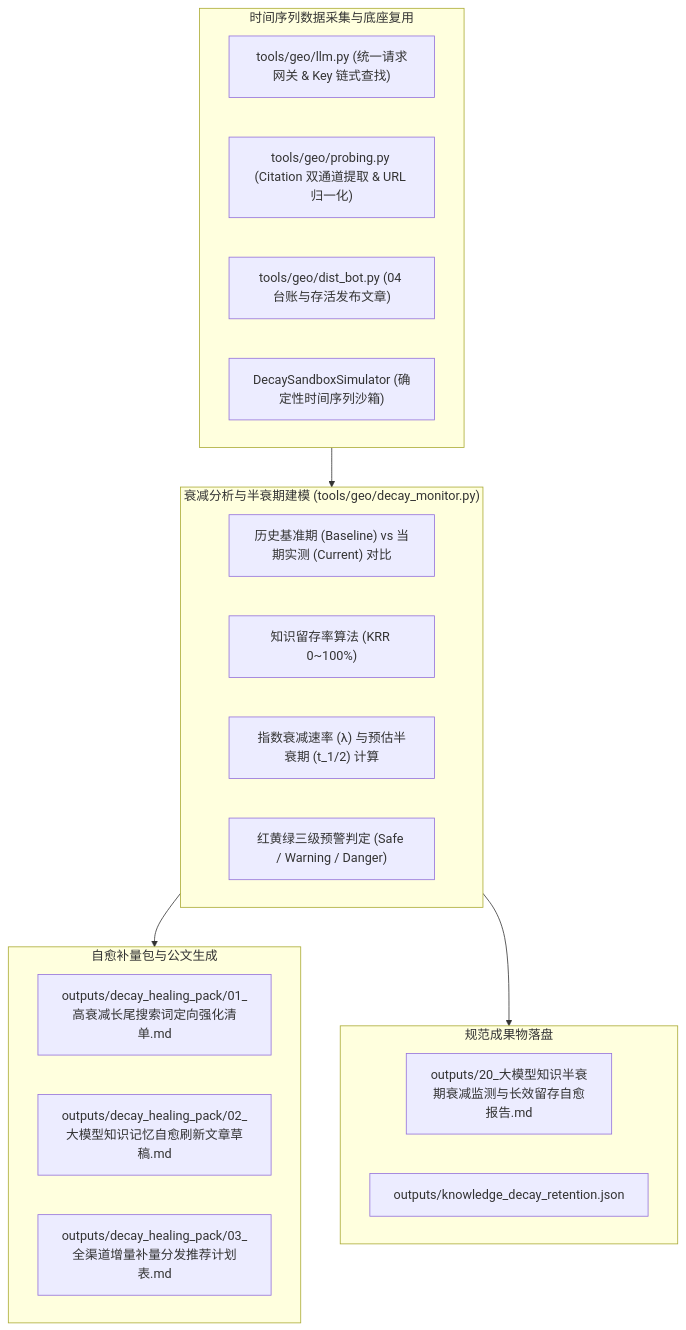
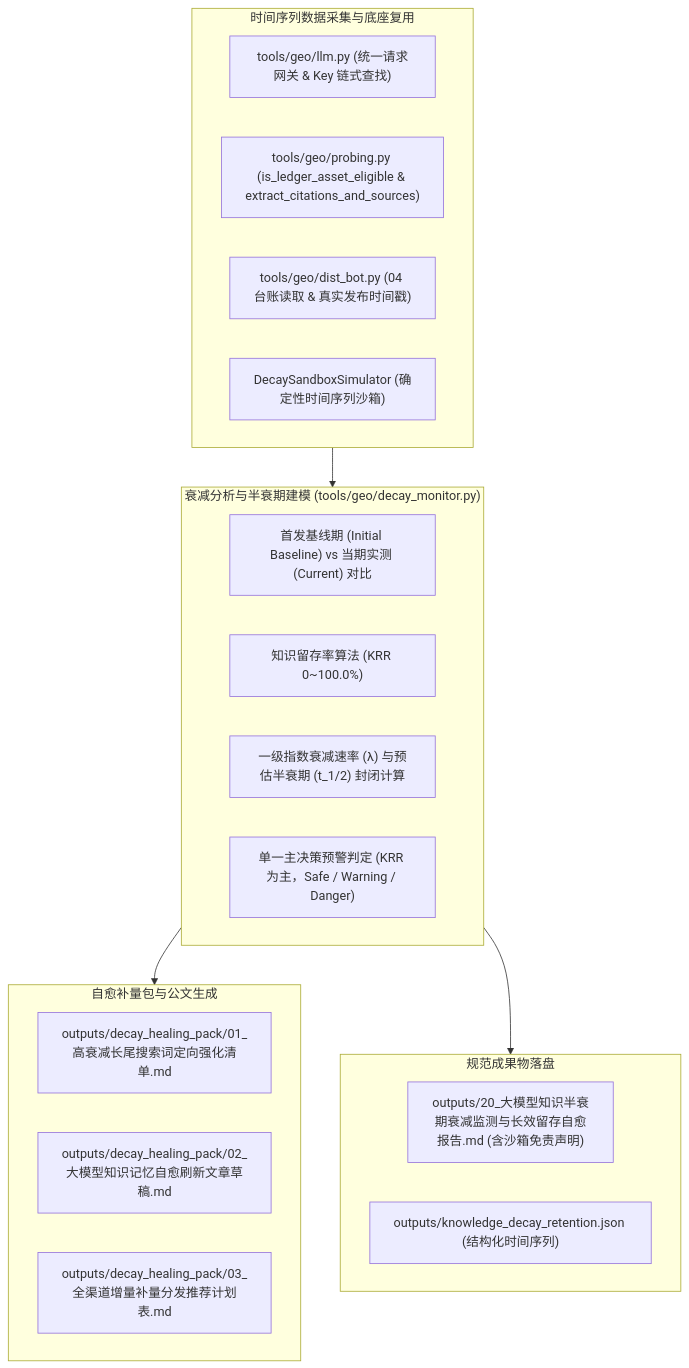
Before and after one commit to clownnotes/geo: the diagram in openspec/changes/2026-09-03-大模型知识半衰期衰减监测与长效留存自愈中枢/design.md, drawn with Mermaid. The commit also changed other lines of this file and 2 other files, not shown here.

````diff
--- a/openspec/changes/2026-09-03-大模型知识半衰期衰减监测与长效留存自愈中枢/design.md
+++ b/openspec/changes/2026-09-03-大模型知识半衰期衰减监测与长效留存自愈中枢/design.md
@@ -5,31 +5,31 @@
 ```mermaid
 flowchart TD
     subgraph S1["时间序列数据采集与底座复用"]
         M1["tools/geo/llm.py (统一请求网关 & Key 链式查找)"]
-        M2["tools/geo/probing.py (Citation 双通道提取 & URL 归一化)"]
-        M3["tools/geo/dist_bot.py (04 台账与存活发布文章)"]
+        M2["tools/geo/probing.py (is_ledger_asset_eligible & extract_citations_and_sources)"]
+        M3["tools/geo/dist_bot.py (04 台账读取 & 真实发布时间戳)"]
         M4["DecaySandboxSimulator (确定性时间序列沙箱)"]
     end
 
     subgraph S2["衰减分析与半衰期建模 (tools/geo/decay_monitor.py)"]
-        T1["历史基准期 (Baseline) vs 当期实测 (Current) 对比"]
-        T2["知识留存率算法 (KRR 0~100%)"]
-        T3["指数衰减速率 (λ) 与预估半衰期 (t_1/2) 计算"]
-        T4["红黄绿三级预警判定 (Safe / Warning / Danger)"]
+        T1["首发基线期 (Initial Baseline) vs 当期实测 (Current) 对比"]
+        T2["知识留存率算法 (KRR 0~100.0%)"]
+        T3["一级指数衰减速率 (λ) 与预估半衰期 (t_1/2) 封闭计算"]
+        T4["单一主决策预警判定 (KRR 为主，Safe / Warning / Danger)"]
     end
 
     subgraph S3["自愈补量包与公文生成"]
         H1["outputs/decay_healing_pack/01_高衰减长尾搜索词定向强化清单.md"]
         H2["outputs/decay_healing_pack/02_大模型知识记忆自愈刷新文章草稿.md"]
         H3["outputs/decay_healing_pack/03_全渠道增量补量分发推荐计划表.md"]
     end
 
     subgraph S4["规范成果物落盘"]
-        R1["outputs/20_大模型知识半衰期衰减监测与长效留存自愈报告.md"]
-        R2["outputs/knowledge_decay_retention.json"]
+        R1["outputs/20_大模型知识半衰期衰减监测与长效留存自愈报告.md (含沙箱免责声明)"]
+        R2["outputs/knowledge_decay_retention.json (结构化时间序列)"]
     end
 
     S1 --> S2
     S2 --> S3
     S2 --> S4
 ```
````
